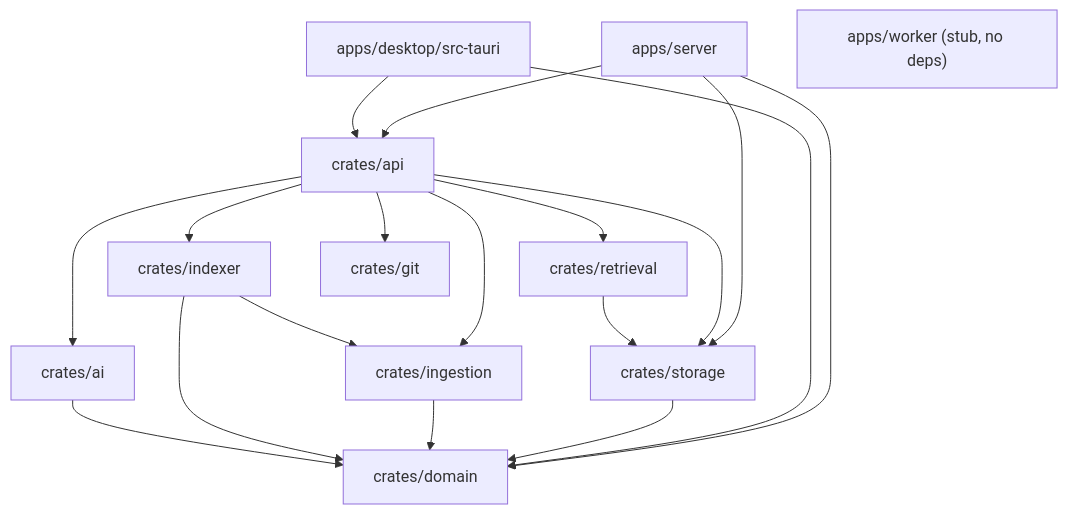
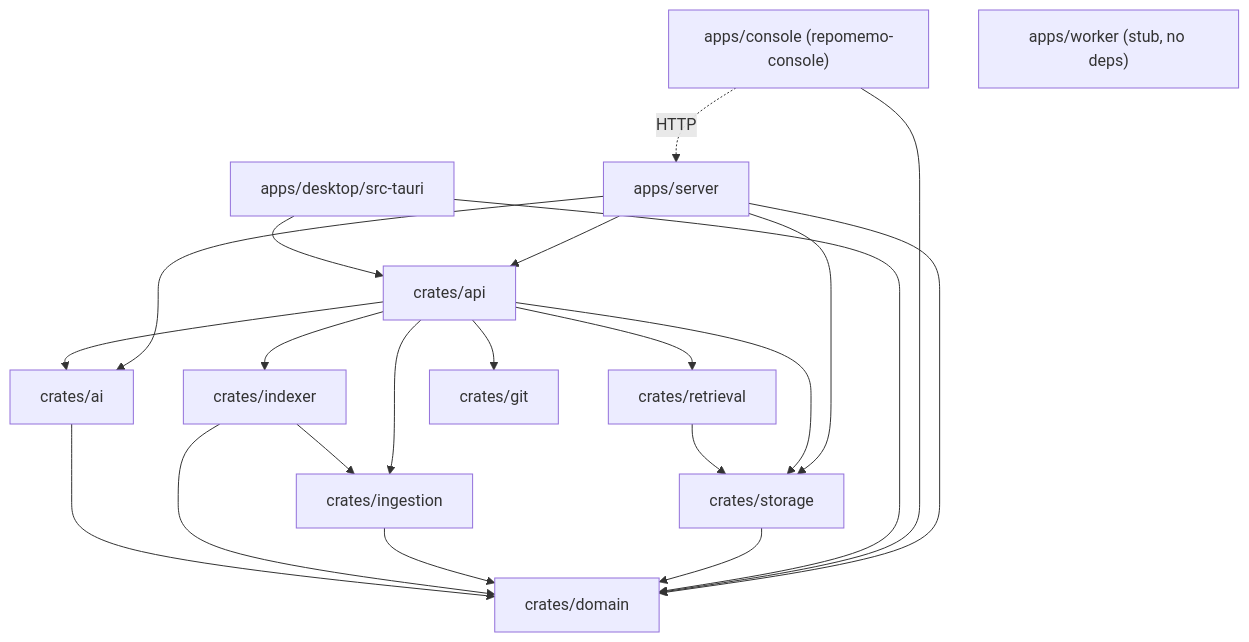
One commit to winksen/RepoMemo changed the third of 6 diagrams in mindmap/TECHNICAL_MINDMAP.md. Above: the diagram before and after it, drawn with Mermaid. The commit also changed other lines of this file and 27 other files, not shown here.

````diff
--- a/mindmap/TECHNICAL_MINDMAP.md
+++ b/mindmap/TECHNICAL_MINDMAP.md
@@ -98,21 +101,24 @@
 ```mermaid
 flowchart TD
   server[apps/server] --> api[crates/api]
   server --> storage
   server --> domain
+  server --> ai
+  console["apps/console (repomemo-console)"] --> domain
+  console -. "HTTP" .-> server
   tauri[apps/desktop/src-tauri] --> api
   tauri --> domain
   worker["apps/worker (stub, no deps)"]
   api --> ai[crates/ai]
   api --> ingestion[crates/ingestion]
   api --> indexer[crates/indexer]
   api --> retrieval[crates/retrieval]
   api --> storage[crates/storage]
   api --> git[crates/git]
   indexer --> ingestion
   retrieval --> storage
   storage --> domain[crates/domain]
   ingestion --> domain
   indexer --> domain
   ai --> domain
 ```
````
